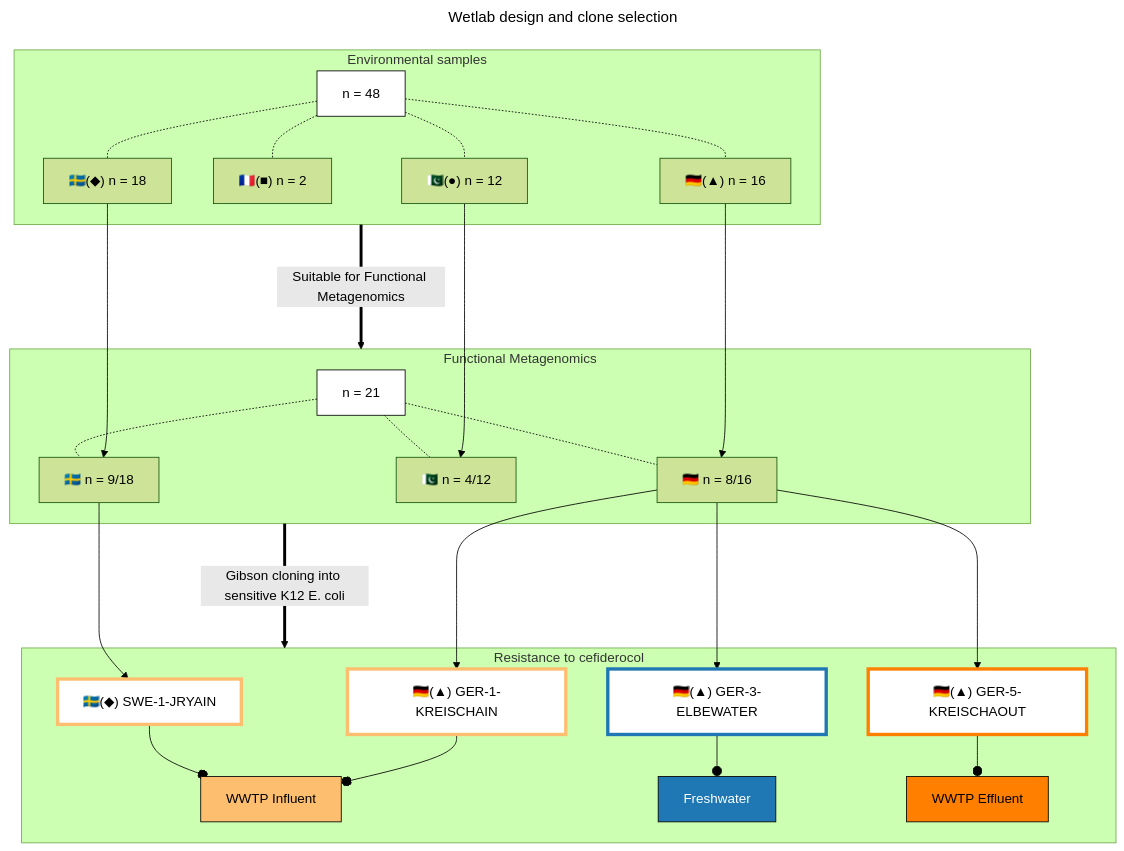
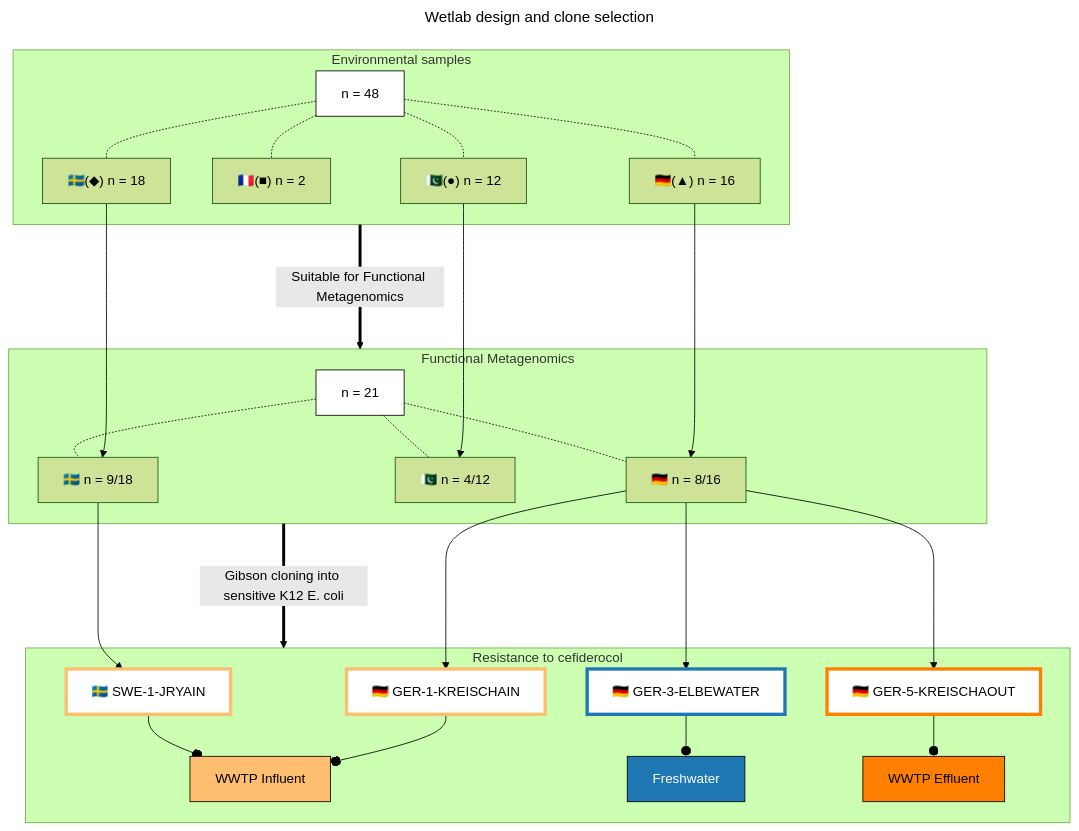
One commit to RemiGSC/Mgf_FDC changed the first of 2 diagrams in README.md. Above: the diagram before and after it, drawn with Mermaid (forest theme).

````diff
--- a/README.md
+++ b/README.md
@@ -9,54 +9,54 @@
 ```mermaid
 ---
 title: Wetlab design and clone selection
 ---
 flowchart TD
 	subgraph ev [Environmental samples]
 		A[n = 48] -.- A1["🇸🇪(◆) n = 18"]
 		A -.- A2["🇫🇷(■) n = 2"]
 		A -.- A3["🇩🇪(▲) n = 16"]
 		A -.- A4["🇵🇰(●) n = 12"]
 	end
 
 	subgraph fmg [Functional Metagenomics]
 		B[n = 21] -.- B1[🇸🇪 n = 9/18]
 		B -.- B3[🇩🇪 n = 8/16]
 		B -.- B4[🇵🇰 n = 4/12]
 	end
 
 	subgraph Rcef [Resistance to cefiderocol]
-			C1["🇸🇪(◆) SWE-1-JRYAIN"] --o WWIN[WWTP Influent]
-			C3a["🇩🇪(▲) GER-1-KREISCHAIN"] --o WWIN[WWTP Influent]
-			C3b["🇩🇪(▲) GER-3-ELBEWATER"] --o Fresh[Freshwater]
-			C3c["🇩🇪(▲) GER-5-KREISCHAOUT"] --o WWEF[WWTP Effluent]
+			C1[🇸🇪 SWE-1-JRYAIN] --o WWIN[WWTP Influent]
+			C3a[🇩🇪 GER-1-KREISCHAIN] --o WWIN[WWTP Influent]
+			C3b[🇩🇪 GER-3-ELBEWATER] --o Fresh[Freshwater]
+			C3c[🇩🇪 GER-5-KREISCHAOUT] --o WWEF[WWTP Effluent]
 	end
 
 
 ev ==>|Suitable for Functional Metagenomics| fmg
 
 fmg ==>|Gibson cloning into sensitive K12 E. coli| Rcef
 
 A1 ----> B1
 A3 ----> B3
 A4 ----> B4
 
 B1 ---> C1
 B3 ---> C3a
 B3 ---> C3b
 B3 ---> C3c
 
 style A stroke:#000,fill:#fff
 style B stroke:#000,fill:#fff
 
 style C1 stroke:#fdbf6f,fill:#fff,stroke-width:4px
 style C3a stroke:#fdbf6f,fill:#fff,stroke-width:4px
 style C3b stroke:#1f78b4,fill:#fff,stroke-width:4px
 style C3c stroke:#ff7f00,fill:#fff,stroke-width:4px
 
 
 style WWIN stroke:#000,fill:#fdbf6f
 style Fresh stroke:#000,fill:#1f78b4,color:#fff
 style WWEF stroke:#000,fill:#ff7f00
 
 
 ```
````
